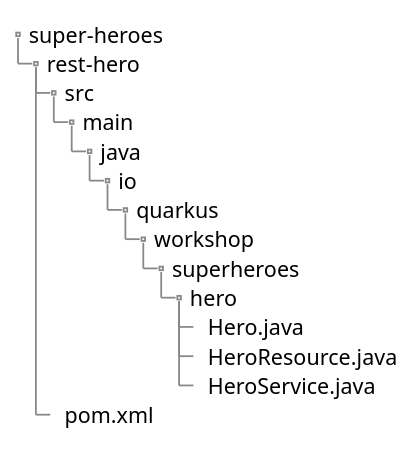
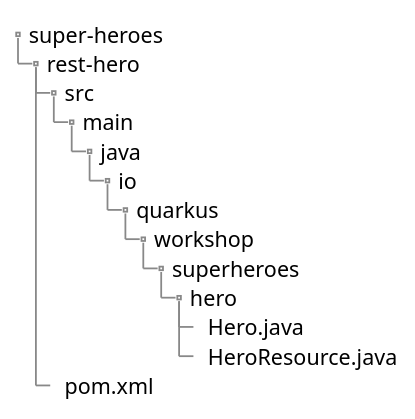
Before and after one commit to cescoffier/quarkus-openshift-workshop: the diagram in docs/docs/diagrams/hero-transaction-orm-directory-structure.puml, drawn with PlantUML. The commit also changed 7 other files, not shown here.

```diff
--- a/docs/docs/diagrams/hero-transaction-orm-directory-structure.puml
+++ b/docs/docs/diagrams/hero-transaction-orm-directory-structure.puml
@@ -1,21 +1,20 @@
 @startsalt
 {
 {
 T
 super-heroes
 +  rest-hero
 ++  src
 +++  main
 ++++  java
 +++++  io
 ++++++  quarkus
 +++++++  workshop
 ++++++++  superheroes
 +++++++++  hero
 ++++++++++  Hero.java
 ++++++++++  HeroResource.java
-++++++++++  HeroService.java
 ++  pom.xml
 }
 }
 @endsalt
```
